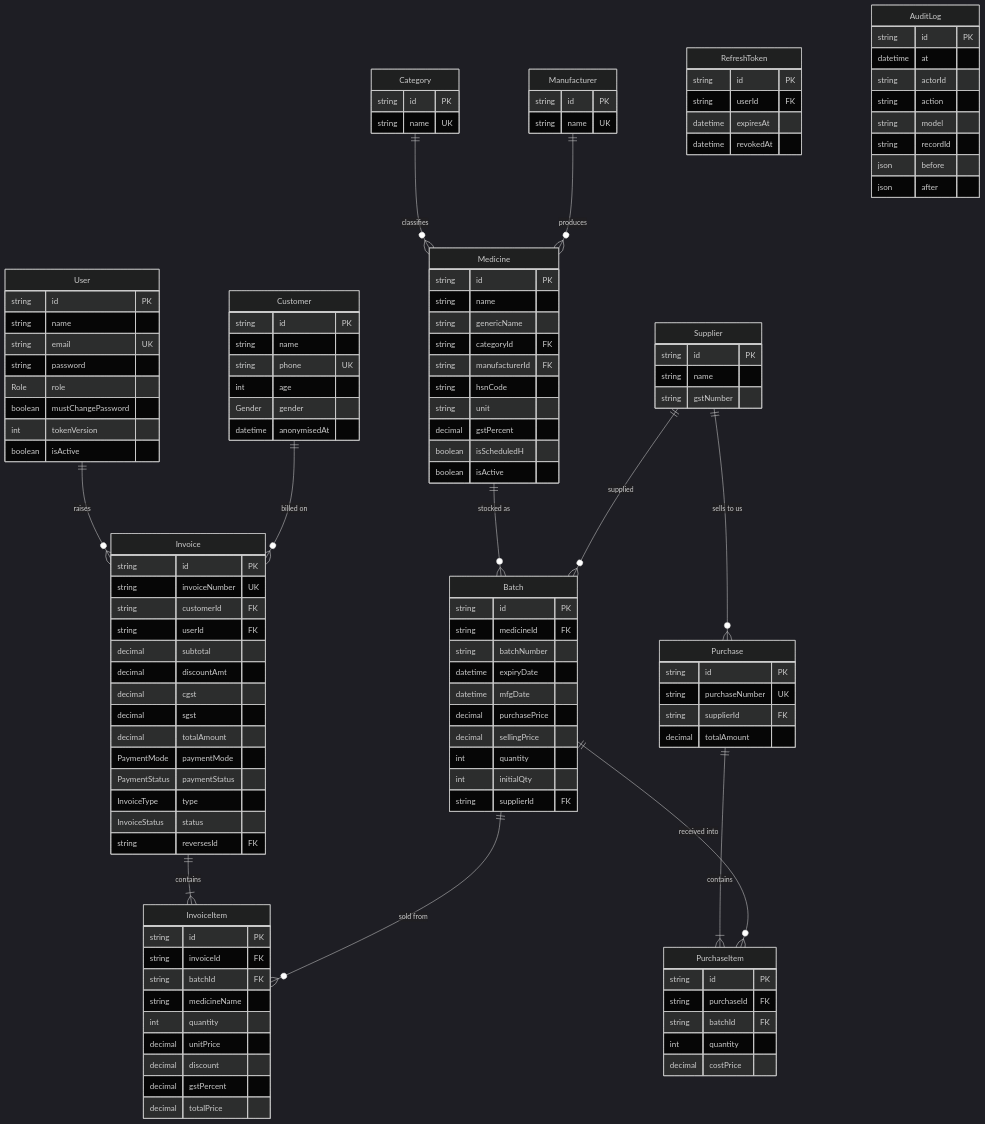
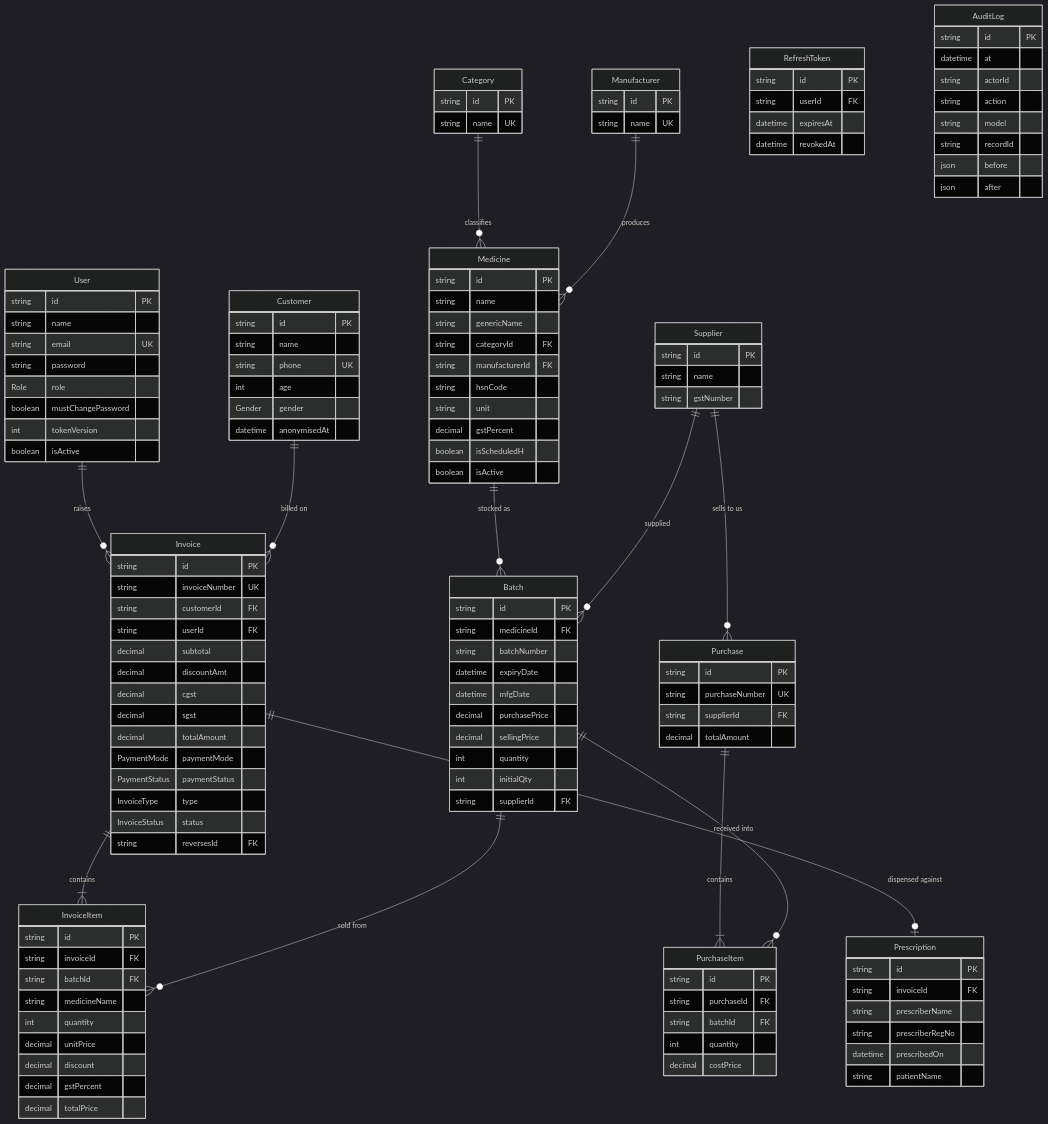
The diagram in docs/03-data-model.md (adarsh0707-kumar/medical-billing), drawn with Mermaid (dark theme) before and after one commit. The commit also changed other lines of this file and 9 other files, not shown here.

```diff
--- a/docs/03-data-model.md
+++ b/docs/03-data-model.md
@@ -18,6 +18,7 @@
     Supplier ||--o{ Purchase : "sells to us"
     Customer ||--o{ Invoice : "billed on"
     Invoice ||--|{ InvoiceItem : "contains"
+    Invoice ||--o| Prescription : "dispensed against"
     Batch ||--o{ InvoiceItem : "sold from"
     Purchase ||--|{ PurchaseItem : "contains"
     Batch ||--o{ PurchaseItem : "received into"
@@ -123,6 +124,14 @@
         datetime expiresAt
         datetime revokedAt
     }
+    Prescription {
+        string id PK
+        string invoiceId FK
+        string prescriberName
+        string prescriberRegNo
+        datetime prescribedOn
+        string patientName
+    }
     AuditLog {
         string id PK
         datetime at
```
